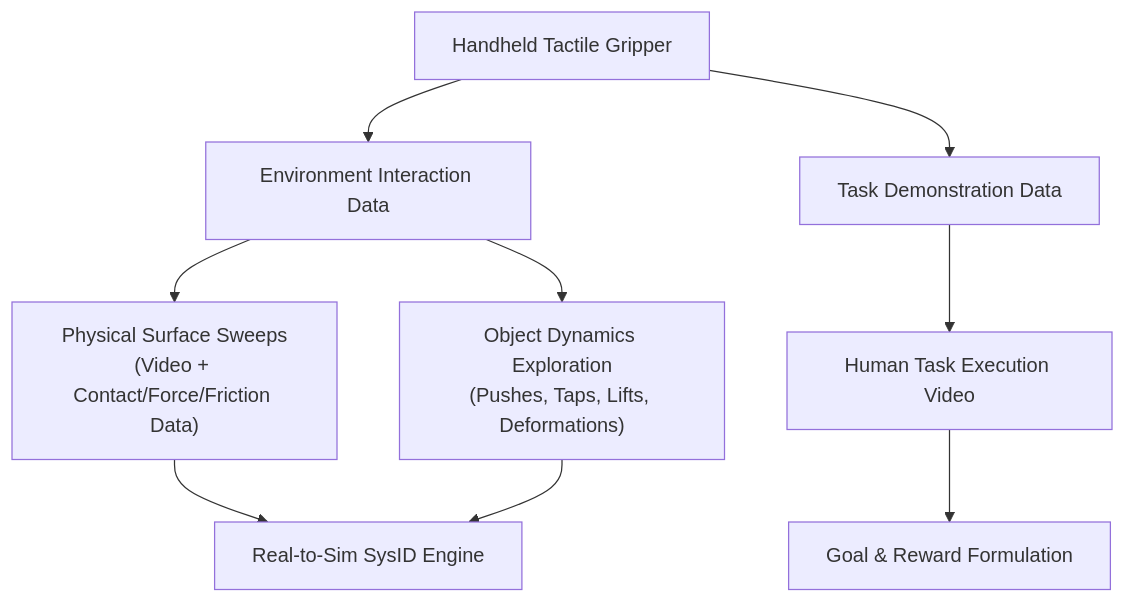
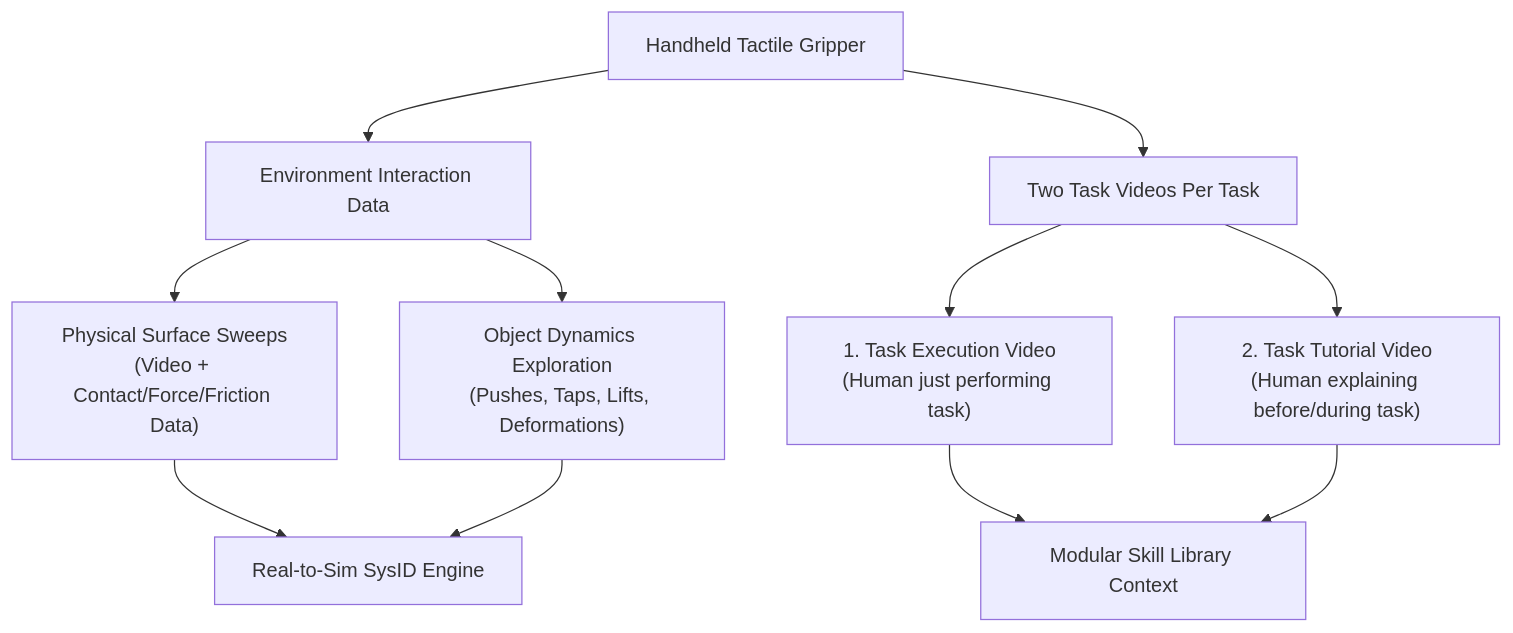
One commit to Freelunch-AI/freelunch-ide changed the fifth of 11 diagrams in docs/specs/post-demo/lunch_robotics.md. Above: the diagram before and after it, drawn with Mermaid. The commit also changed other lines of this file, not shown here.

First line of the commit message:
Revise task demonstration dataset requirements

````diff
--- a/docs/specs/post-demo/lunch_robotics.md
+++ b/docs/specs/post-demo/lunch_robotics.md
@@ -247,14 +250,16 @@
 ```mermaid
 flowchart TD
     A["Handheld Tactile Gripper"] --> B["Environment Interaction Data"]
-    A --> C["Task Demonstration Data"]
+    A --> C["Two Task Videos Per Task"]
 
     B --> D["Physical Surface Sweeps<br/>(Video + Contact/Force/Friction Data)"]
     B --> E["Object Dynamics Exploration<br/>(Pushes, Taps, Lifts, Deformations)"]
 
-    C --> F["Human Task Execution Video"]
+    C --> F1["1. Task Execution Video<br/>(Human just performing task)"]
+    C --> F2["2. Task Tutorial Video<br/>(Human explaining before/during task)"]
 
     D --> G["Real-to-Sim SysID Engine"]
     E --> G
-    F --> H["Goal & Reward Formulation"]
+    F1 --> H["Task Policy Training & Reward Formulation"]
+    F2 --> H["Modular Skill Library Context"]
 ```
````
